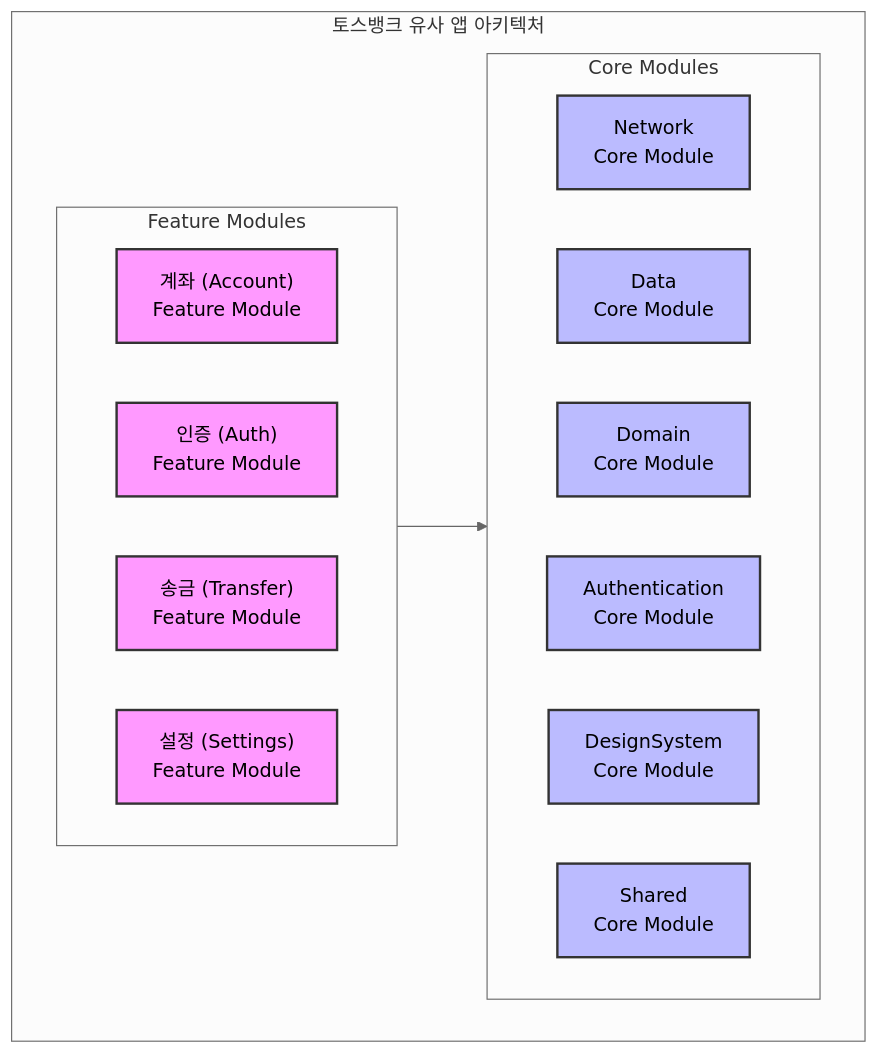
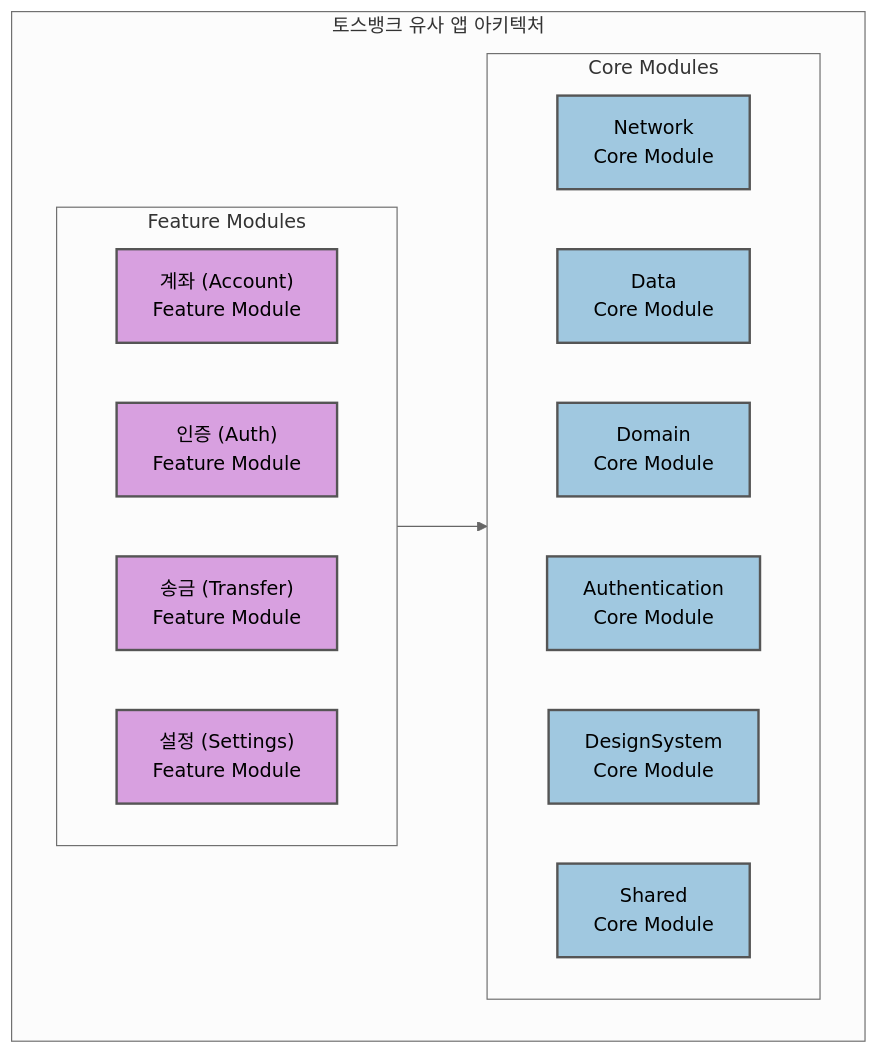
The first of 4 diagrams in README.md (Jimmy-Jung/TossBankClone), drawn with Mermaid (neutral theme) before and after one commit. The commit also changed other lines of this file, not shown here.

````diff
--- a/README.md
+++ b/README.md
@@ -40,31 +40,31 @@
 ```mermaid
 graph TD
     subgraph "토스뱅크 유사 앱 아키텍처"
         subgraph FeatureModules["Feature Modules"]
             direction LR
             FM1["계좌 (Account)<br>Feature Module"]
             FM2["인증 (Auth)<br>Feature Module"]
             FM3["송금 (Transfer)<br>Feature Module"]
             FM4["설정 (Settings)<br>Feature Module"]
         end
 
         FeatureModules --> CoreModules
         
         subgraph CoreModules["Core Modules"]
             direction LR
             CM1["Network<br>Core Module"]
             CM2["Data<br>Core Module"]
             CM3["Domain<br>Core Module"]
             CM4["Authentication<br>Core Module"]
             CM5["DesignSystem<br>Core Module"]
             CM6["Shared<br>Core Module"]
         end
     end
 
     %% 스타일링
-    classDef featureModule fill:#f9f,stroke:#333,stroke-width:2px
-    classDef coreModule fill:#bbf,stroke:#333,stroke-width:2px
+    classDef featureModule fill:#d8a0e0,stroke:#555,stroke-width:2px
+    classDef coreModule fill:#a0c8e0,stroke:#555,stroke-width:2px
     
     class FM1,FM2,FM3,FM4 featureModule
     class CM1,CM2,CM3,CM4,CM5,CM6 coreModule
 ```
````
